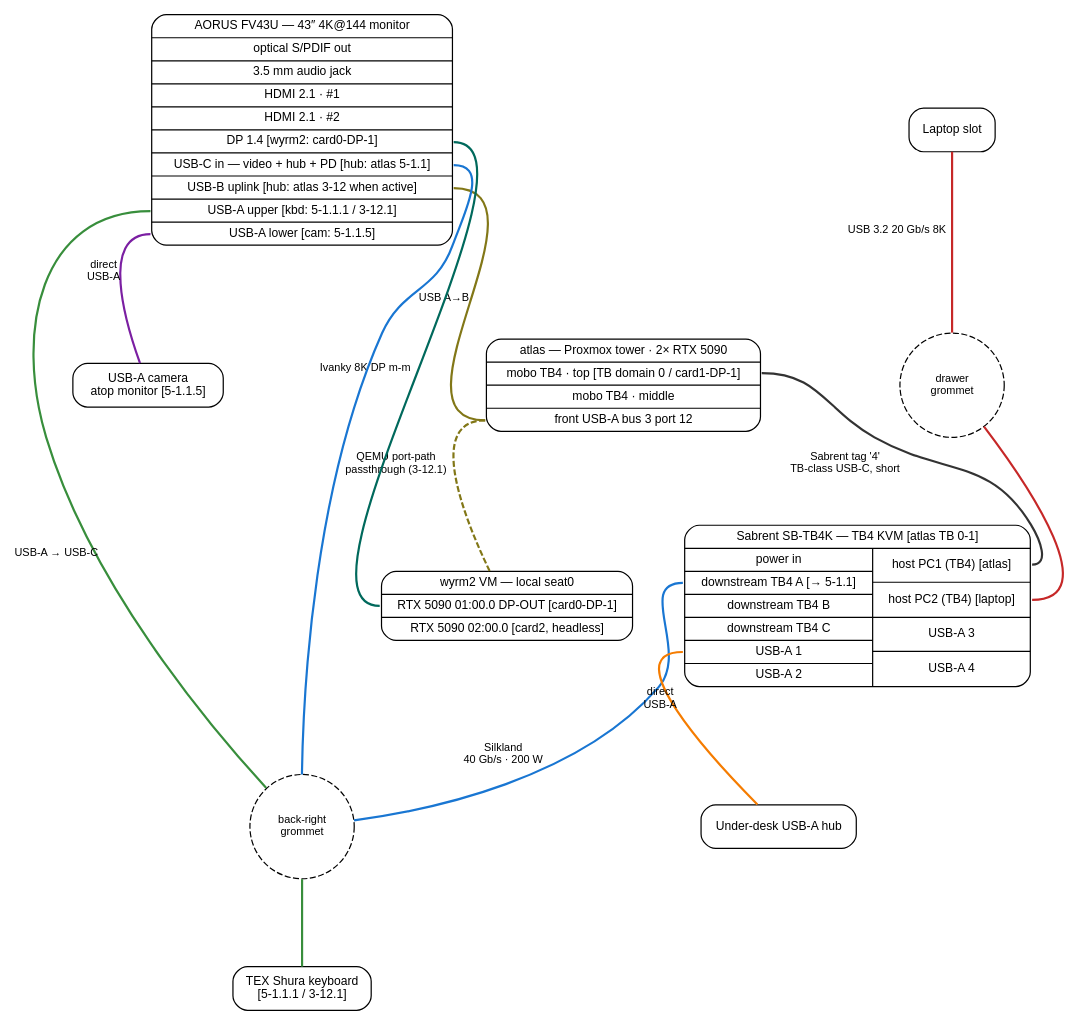
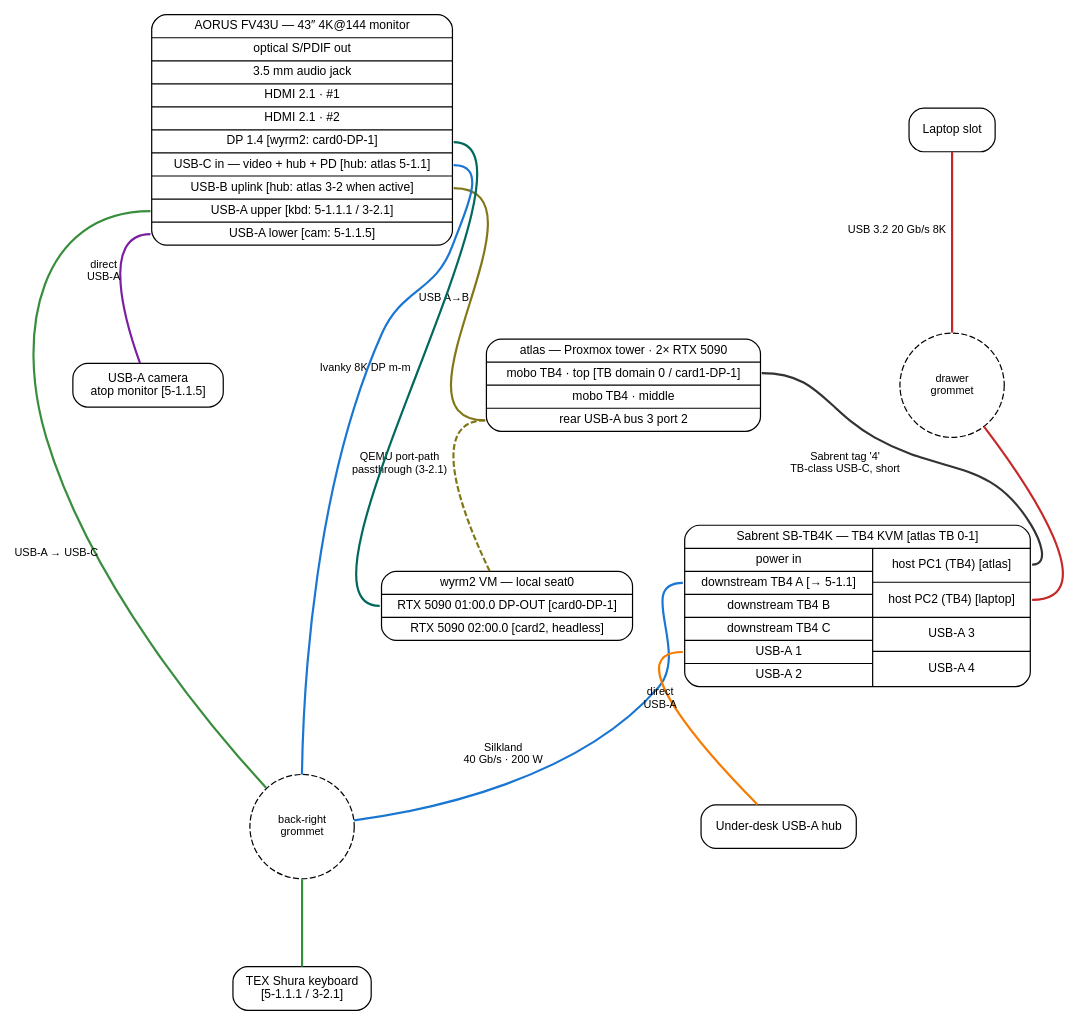
The diagram in desk/wiring_schematic.dot (agentydragon-agent/ducktape), drawn with Graphviz before and after one commit. The commit also changed 3 other files, not shown here.

First line of the commit message:
desk: re-pin wyrm2 USB passthrough to the port the cable is actually in (#5551)

```diff
--- a/desk/wiring_schematic.dot
+++ b/desk/wiring_schematic.dot
@@ -1,40 +1,40 @@
 digraph desk_wiring {
     graph [fontname="Helvetica", nodesep=0.6, ranksep=1.0];
     node  [shape=Mrecord, fontname="Helvetica", fontsize=10];
     edge  [fontname="Helvetica", fontsize=9, penwidth=1.8, dir=none];
 
-    monitor [label="{ AORUS FV43U — 43″ 4K@144 monitor | <spdif> optical S/PDIF out | <audio> 3.5 mm audio jack | <hdmi1> HDMI 2.1 · #1 | <hdmi2> HDMI 2.1 · #2 | <dp> DP 1.4 [wyrm2: card0-DP-1] | <usbc> USB-C in — video + hub + PD [hub: atlas 5-1.1] | <usbb> USB-B uplink [hub: atlas 3-12 when active] | <hi> USB-A upper [kbd: 5-1.1.1 / 3-12.1] | <lo> USB-A lower [cam: 5-1.1.5] }"];
+    monitor [label="{ AORUS FV43U — 43″ 4K@144 monitor | <spdif> optical S/PDIF out | <audio> 3.5 mm audio jack | <hdmi1> HDMI 2.1 · #1 | <hdmi2> HDMI 2.1 · #2 | <dp> DP 1.4 [wyrm2: card0-DP-1] | <usbc> USB-C in — video + hub + PD [hub: atlas 5-1.1] | <usbb> USB-B uplink [hub: atlas 3-2 when active] | <hi> USB-A upper [kbd: 5-1.1.1 / 3-2.1] | <lo> USB-A lower [cam: 5-1.1.5] }"];
 
     // KVM: header row, then two vertical columns side by side (peripheral / host)
     kvm [label="{ Sabrent SB-TB4K — TB4 KVM [atlas TB 0-1] | { { <pwr> power in | <ds_a> downstream TB4 A [→ 5-1.1] | <ds_b> downstream TB4 B | <ds_c> downstream TB4 C | <usba1> USB-A 1 | <usba2> USB-A 2 } | { <pc1> host PC1 (TB4) [atlas] | <pc2> host PC2 (TB4) [laptop] | <usba3> USB-A 3 | <usba4> USB-A 4 } } }"];
 
-    atlas [label="{ atlas — Proxmox tower · 2× RTX 5090 | <tb_top> mobo TB4 · top [TB domain 0 / card1-DP-1] | <tb_mid> mobo TB4 · middle | <usba_front> front USB-A bus 3 port 12 }"];
+    atlas [label="{ atlas — Proxmox tower · 2× RTX 5090 | <tb_top> mobo TB4 · top [TB domain 0 / card1-DP-1] | <tb_mid> mobo TB4 · middle | <usba_rear> rear USB-A bus 3 port 2 }"];
 
     wyrm2 [label="{ wyrm2 VM — local seat0 | <dp_out> RTX 5090 01:00.0 DP-OUT [card0-DP-1] | <gpu1> RTX 5090 02:00.0 [card2, headless] }"];
 
     laptop [label="Laptop slot"];
 
     g_backright [shape=circle, style=dashed, label="back-right\ngrommet", fontsize=9, width=1.2, height=1.2];
     g_drawer    [shape=circle, style=dashed, label="drawer\ngrommet",    fontsize=9, width=1.2, height=1.2];
 
     cam [label="USB-A camera\natop monitor [5-1.1.5]"];
-    kbd [label="TEX Shura keyboard\n[5-1.1.1 / 3-12.1]"];
+    kbd [label="TEX Shura keyboard\n[5-1.1.1 / 3-2.1]"];
     hub [label="Under-desk USB-A hub"];
 
     // xlabel keeps labels near edges without forcing the router to bend
     // cables around them.
     atlas:tb_top -> kvm:pc1 [xlabel="Sabrent tag '4'\nTB-class USB-C, short", color="#333333"];
     laptop -> g_drawer      [xlabel="USB 3.2 20 Gb/s 8K", color="#c62828"];
     g_drawer -> kvm:pc2     [color="#c62828"];
     kvm:ds_a -> g_backright [xlabel="Silkland\n40 Gb/s · 200 W", color="#1976d2"];
     g_backright -> monitor:usbc [color="#1976d2"];
     kvm:usba1 -> hub        [xlabel="direct\nUSB-A", color="#f57c00"];
     monitor:hi -> g_backright [xlabel="USB-A → USB-C", color="#388e3c"];
     g_backright -> kbd      [color="#388e3c"];
     monitor:lo -> cam       [xlabel="direct\nUSB-A", color="#7b1fa2"];
 
     // Gaming display path (Plan A rev 2 — wired 2026-07-05)
     wyrm2:dp_out -> monitor:dp [xlabel="Ivanky 8K DP m-m", color="#00695c"];
-    monitor:usbb -> atlas:usba_front [xlabel="USB A→B", color="#827717"];
-    atlas:usba_front -> wyrm2 [xlabel="QEMU port-path\npassthrough (3-12.1)", color="#827717", style=dashed];
+    monitor:usbb -> atlas:usba_rear [xlabel="USB A→B", color="#827717"];
+    atlas:usba_rear -> wyrm2 [xlabel="QEMU port-path\npassthrough (3-2.1)", color="#827717", style=dashed];
 }
```
